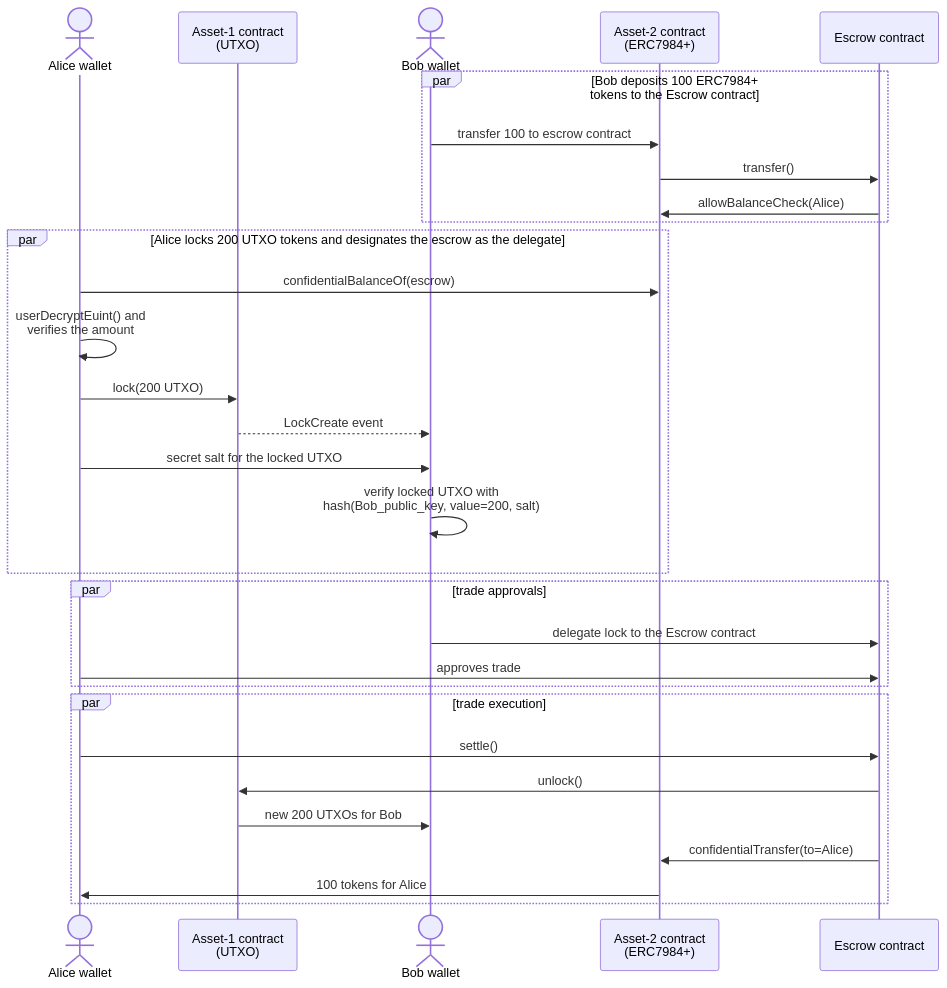
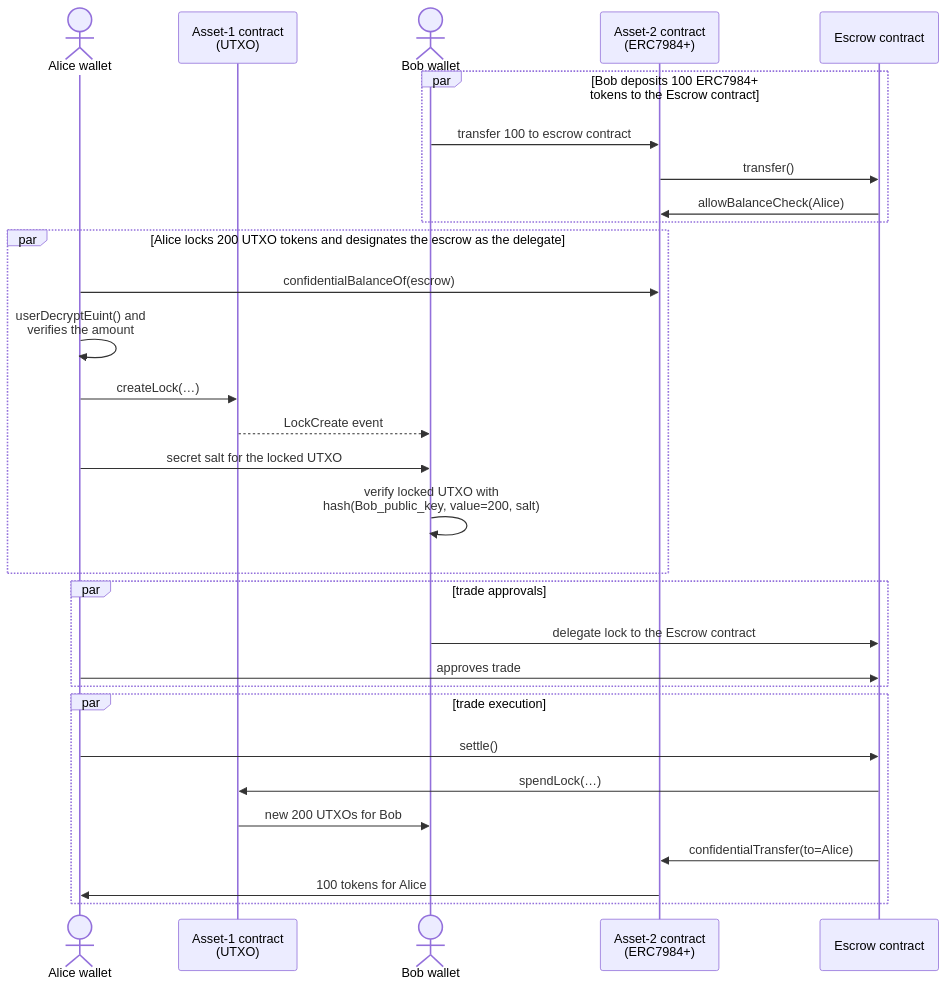
One commit to kaleido-io/PET-atomic-settlements changed the diagram in base-confidential-erc20-vs-lockable.md. Above: the diagram before and after it, drawn with Mermaid. The commit also changed other lines of this file and 16 other files, not shown here.

````diff
--- a/base-confidential-erc20-vs-lockable.md
+++ b/base-confidential-erc20-vs-lockable.md
@@ -19,32 +19,32 @@
 ```mermaid
 sequenceDiagram
   actor A as Alice wallet
   participant A1 as Asset-1 contract<br>(UTXO)
   actor B as Bob wallet
   participant A2 as Asset-2 contract<br>(ERC7984+)
   participant E as Escrow contract
   par Bob deposits 100 ERC7984+ tokens to the Escrow contract
     B->>A2: transfer 100 to escrow contract
     A2->>E: transfer()
     E->>A2: allowBalanceCheck(Alice)
   end
   par Alice locks 200 UTXO tokens and designates the escrow as the delegate
     A->>A2: confidentialBalanceOf(escrow)
     A->>A: userDecryptEuint() and<br>verifies the amount
-    A->>A1: lock(200 UTXO)
+    A->>A1: createLock(…)
     A1-->>B: LockCreate event
     A->>B: secret salt for the locked UTXO
     B->>B: verify locked UTXO with<br>hash(Bob_public_key, value=200, salt)
   end
   par trade approvals
     B->>E: delegate lock to the Escrow contract
     A->>E: approves trade
   end
   par trade execution
     A->>E: settle()
-    E->>A1: unlock()
+    E->>A1: spendLock(…)
     A1->>B: new 200 UTXOs for Bob
     E->>A2: confidentialTransfer(to=Alice)
     A2->>A: 100 tokens for Alice
   end
 ```
````
